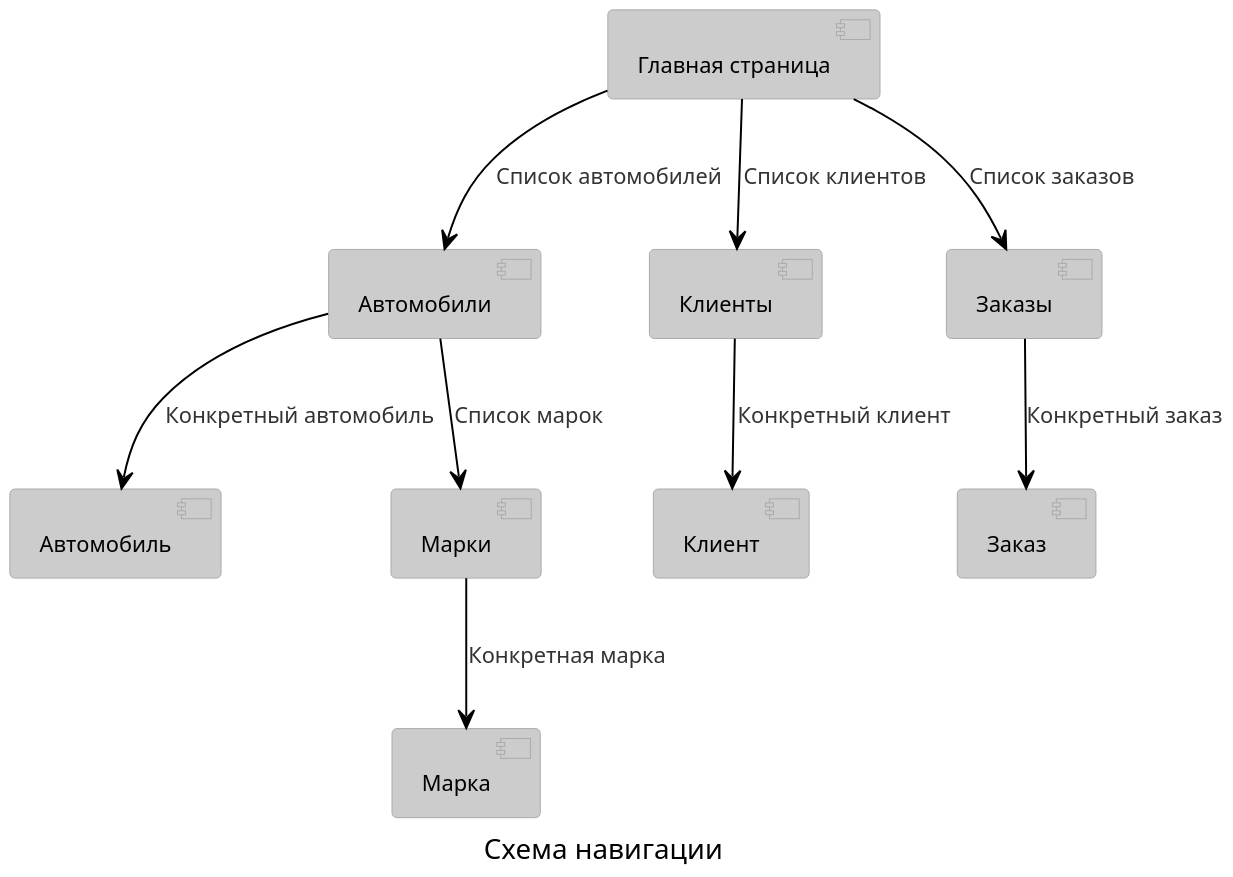
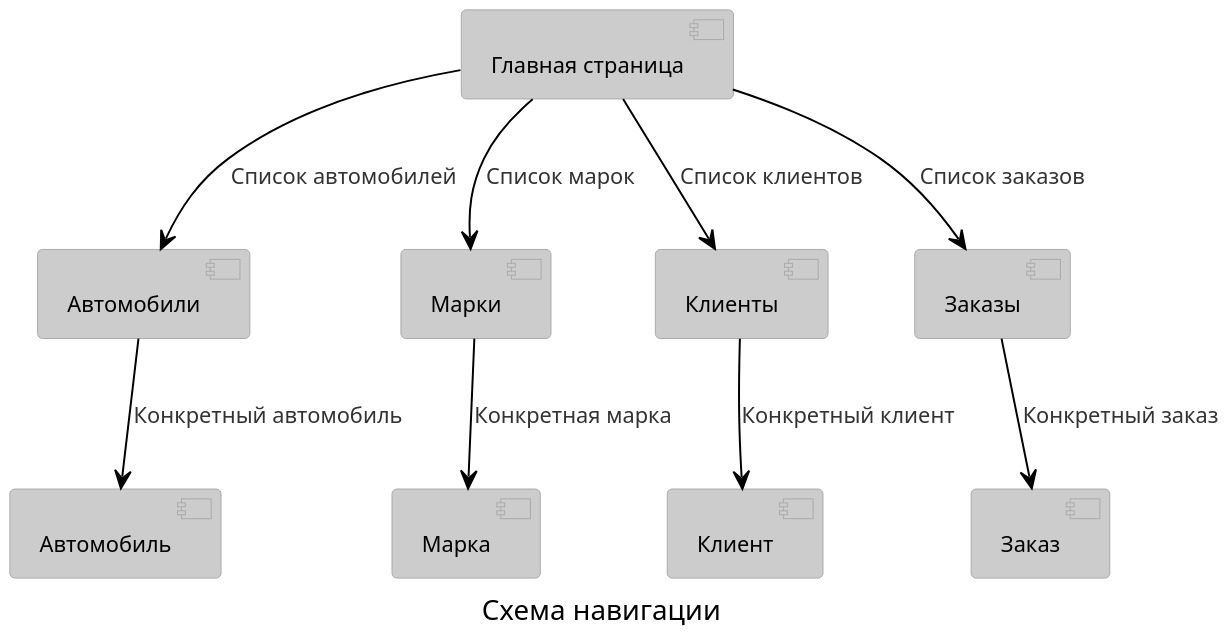
The diagram in img/uml.puml (DoricRedPanda/carshowroom), drawn with PlantUML before and after one commit. The commit also changed 2 other files, not shown here.

Commit message:
update navigation diagram

```diff
--- a/img/uml.puml
+++ b/img/uml.puml
@@ -1,27 +1,27 @@
 @startuml
 !theme reddress-lightorange
 'skinparam linetype ortho'
 caption Схема навигации
 scale 2.0
 component [Главная страница] as mainPage
 component [Автомобили] as automobiles
 component [Автомобиль] as automobile
 component [Марки] as marques
 component [Марка] as marque
 component [Клиенты] as clients
 component [Клиент] as client
 component [Заказы] as orders
 component [Заказ] as order
 
 
 mainPage -d-> automobiles: Список автомобилей
 mainPage -d-> clients : Список клиентов
 mainPage -d-> orders : Список заказов
+mainPage -d-> marques : Список марок
 
-automobiles -d-> marques : Список марок
 marques -d-> marque : Конкретная марка
 automobiles -d-> automobile: Конкретный автомобиль
 clients -d-> client : Конкретный клиент
 orders -d-> order : Конкретный заказ
 
 @enduml
```
